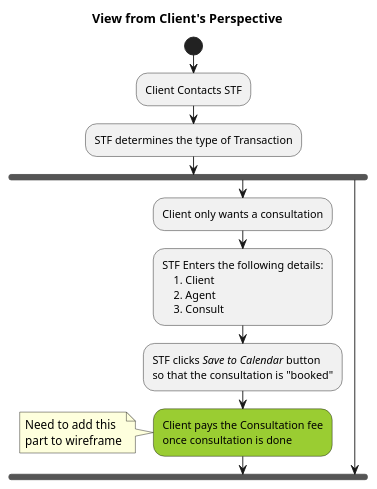
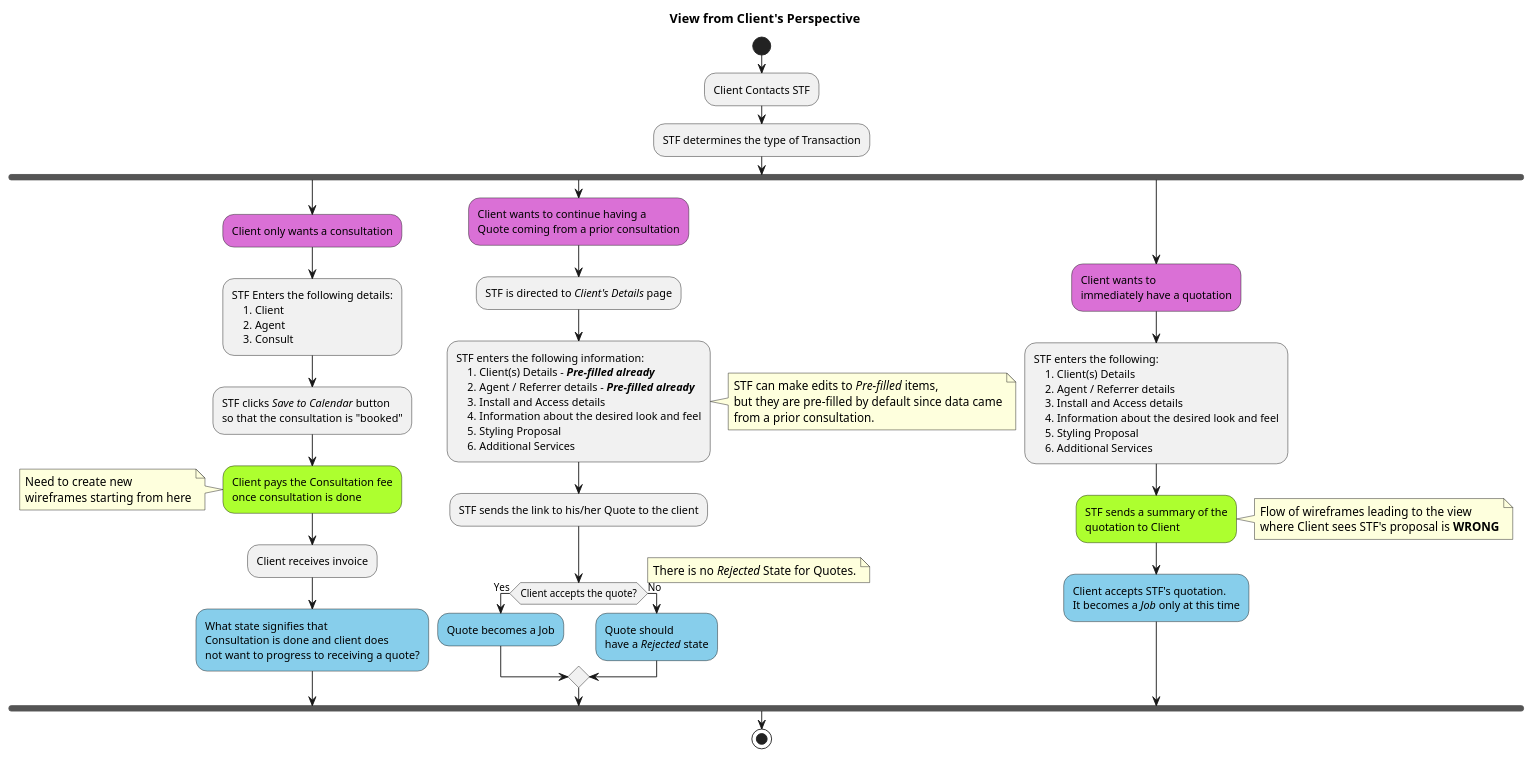
Before and after one commit to jpgacrama/NovariSpecs: the diagram in Client/Client_HighLevelFlow.pu, drawn with PlantUML. The commit also changed 1 other file, not shown here.

Commit message:
Committing the flow from Client's perspective
But I think that this can be fused with what I made for STF's perspective.

```diff
--- a/Client/Client_HighLevelFlow.pu
+++ b/Client/Client_HighLevelFlow.pu
@@ -7,25 +7,85 @@
 @startuml
     title View from Client's Perspective
     start
     :Client Contacts STF;
     :STF determines the type of Transaction;
 
     fork
-        :Client only wants a consultation;
+        #Orchid:Client only wants a consultation;
         :STF Enters the following details:
             1. Client
             2. Agent
             3. Consult;
         :STF clicks //Save to Calendar// button
         so that the consultation is "booked";
         
-        #YellowGreen:Client pays the Consultation fee
+        #GreenYellow:Client pays the Consultation fee
         once consultation is done;
 
         note left
-            Need to add this
-            part to wireframe
+            Need to create new
+            wireframes starting from here
+        end note
+
+        :Client receives invoice;
+        #SkyBlue:What state signifies that
+        Consultation is done and client does
+        not want to progress to receiving a quote?;
+    
+    fork again
+        #Orchid:Client wants to continue having a
+        Quote coming from a prior consultation;
+
+        :STF is directed to //Client's Details// page;
+        :STF enters the following information:
+            1. Client(s) Details - **//Pre-filled already//**
+            2. Agent / Referrer details - **//Pre-filled already//**
+            3. Install and Access details
+            4. Information about the desired look and feel
+            5. Styling Proposal
+            6. Additional Services;
+
+        note right
+            STF can make edits to //Pre-filled// items,
+            but they are pre-filled by default since data came
+            from a prior consultation.
+        end note
+
+        :STF sends the link to his/her Quote to the client;
+
+        if (Client accepts the quote?) then (Yes)
+            #SkyBlue:Quote becomes a Job;
+        else (No)
+            #SkyBlue:Quote should
+            have a //Rejected// state;
+        endif
+
+        note right
+            There is no //Rejected// State for Quotes.
         end note
     fork again
+        #Orchid:Client wants to
+        immediately have a quotation;
+
+        :STF enters the following:
+            1. Client(s) Details
+            2. Agent / Referrer details
+            3. Install and Access details
+            4. Information about the desired look and feel
+            5. Styling Proposal
+            6. Additional Services;
+
+        #GreenYellow:STF sends a summary of the
+        quotation to Client;
+
+        note right
+            Flow of wireframes leading to the view
+            where Client sees STF's proposal is **WRONG**
+        end note
+
+        #SkyBlue:Client accepts STF's quotation.
+        It becomes a //Job// only at this time;
     end fork
+
+    stop
 @enduml
```
